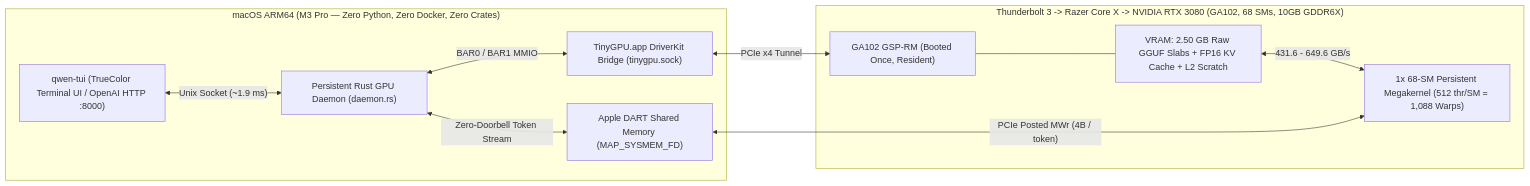
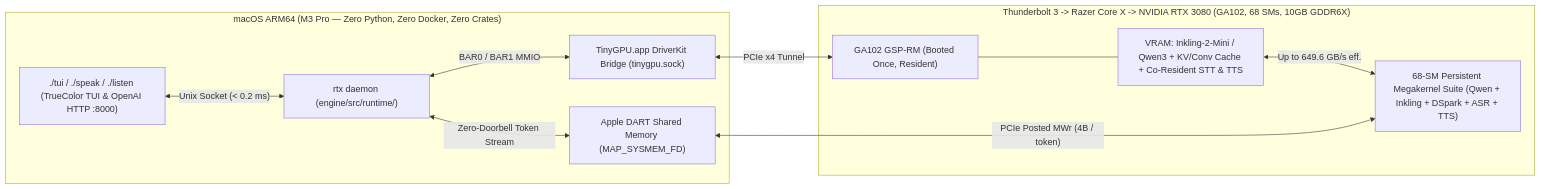
One commit to tcondello/optimize-gpu changed the diagram in README.md. Above: the diagram before and after it, drawn with Mermaid. The commit also changed other lines of this file and 132 other files, not shown here.

Commit message:
Cohesive workspace naming pass: engine/rtx, ./tui, ./speak, ./listen, and clean directory layout

````diff
--- a/README.md
+++ b/README.md
@@ -103,23 +113,23 @@
 ```mermaid
 flowchart LR
     subgraph Host["macOS ARM64 (M3 Pro — Zero Python, Zero Docker, Zero Crates)"]
-        TUI["qwen-tui (TrueColor Terminal UI / OpenAI HTTP :8000)"]
-        DMN["Persistent Rust GPU Daemon (daemon.rs)"]
+        TUI["./tui / ./speak / ./listen (TrueColor TUI & OpenAI HTTP :8000)"]
+        DMN["rtx daemon (engine/src/runtime/)"]
         SHM["Apple DART Shared Memory (MAP_SYSMEM_FD)"]
         TG["TinyGPU.app DriverKit Bridge (tinygpu.sock)"]
-        TUI <-->|"Unix Socket (~1.9 ms)"| DMN
+        TUI <-->|"Unix Socket (< 0.2 ms)"| DMN
         DMN <-->|"Zero-Doorbell Token Stream"| SHM
         DMN <-->|"BAR0 / BAR1 MMIO"| TG
     end
 
     subgraph eGPU["Thunderbolt 3 -> Razer Core X -> NVIDIA RTX 3080 (GA102, 68 SMs, 10GB GDDR6X)"]
         GSP["GA102 GSP-RM (Booted Once, Resident)"]
-        VRAM["VRAM: 2.50 GB Raw GGUF Slabs + FP16 KV Cache + L2 Scratch"]
-        MK["1x 68-SM Persistent Megakernel (512 thr/SM = 1,088 Warps)"]
+        VRAM["VRAM: Inkling-2-Mini / Qwen3 + KV/Conv Cache + Co-Resident STT & TTS"]
+        MK["68-SM Persistent Megakernel Suite (Qwen + Inkling + DSpark + ASR + TTS)"]
         GSP --- VRAM
-        VRAM <-->|"431.6 - 649.6 GB/s"| MK
+        VRAM <-->|"Up to 649.6 GB/s eff."| MK
     end
 
     SHM <-->|"PCIe Posted MWr (4B / token)"| MK
     TG <-->|"PCIe x4 Tunnel"| GSP
 ```
````
